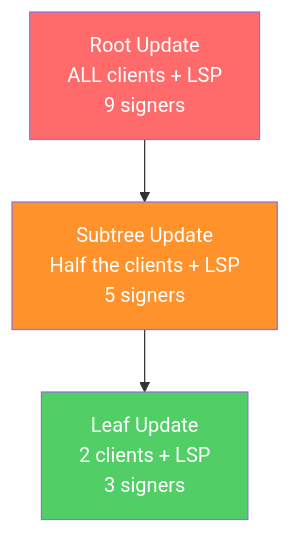
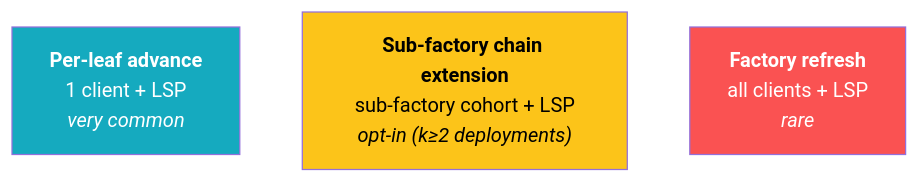
One commit to 8144225309/superscalar-docs changed the first of 2 diagrams in how-it-works/updating-state.md. Above: the diagram before and after it, drawn with Mermaid. The commit also changed other lines of this file and 23 other files, not shown here.

````diff
--- a/how-it-works/updating-state.md
+++ b/how-it-works/updating-state.md
@@ -22,10 +18,10 @@
 ```mermaid
 graph TD
-    R["Root Update<br/>ALL clients + LSP<br/>9 signers"]
-    R --> M["Subtree Update<br/>Half the clients + LSP<br/>5 signers"]
-    M --> L["Leaf Update<br/>2 clients + LSP<br/>3 signers"]
+    PL["<b>Per-leaf advance</b><br/>1 client + LSP<br/><i>very common</i>"]
+    SF["<b>Sub-factory chain extension</b><br/>sub-factory cohort + LSP<br/><i>opt-in (k≥2 deployments)</i>"]
+    FR["<b>Factory refresh</b><br/>all clients + LSP<br/><i>rare</i>"]
 
-    style R fill:#ff6b6b,color:#fff
-    style M fill:#ff922b,color:#fff
-    style L fill:#51cf66,color:#fff
+    style PL fill:#15aabf,color:#fff
+    style SF fill:#fcc419,color:#000
+    style FR fill:#fa5252,color:#fff
 ```
````
